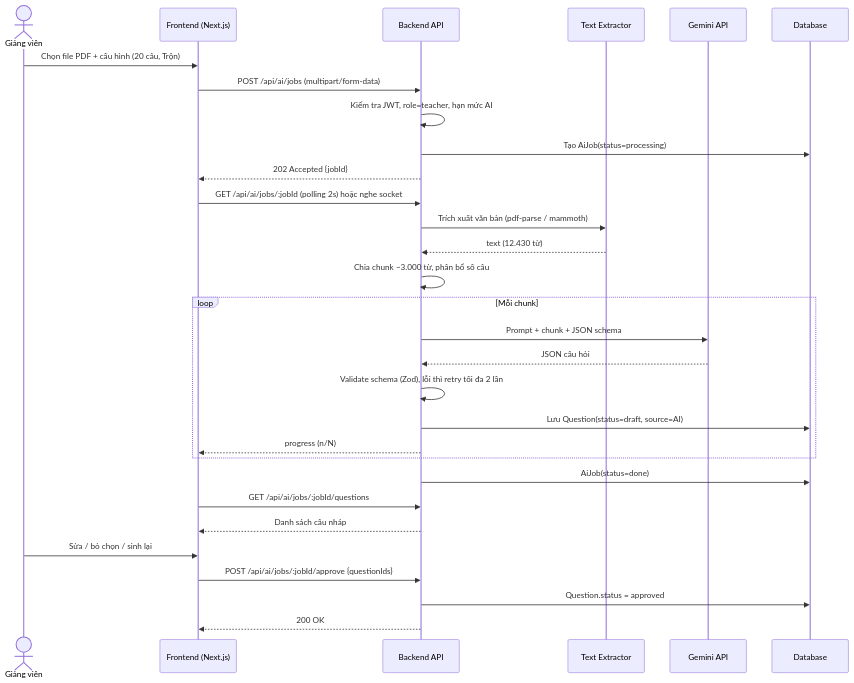
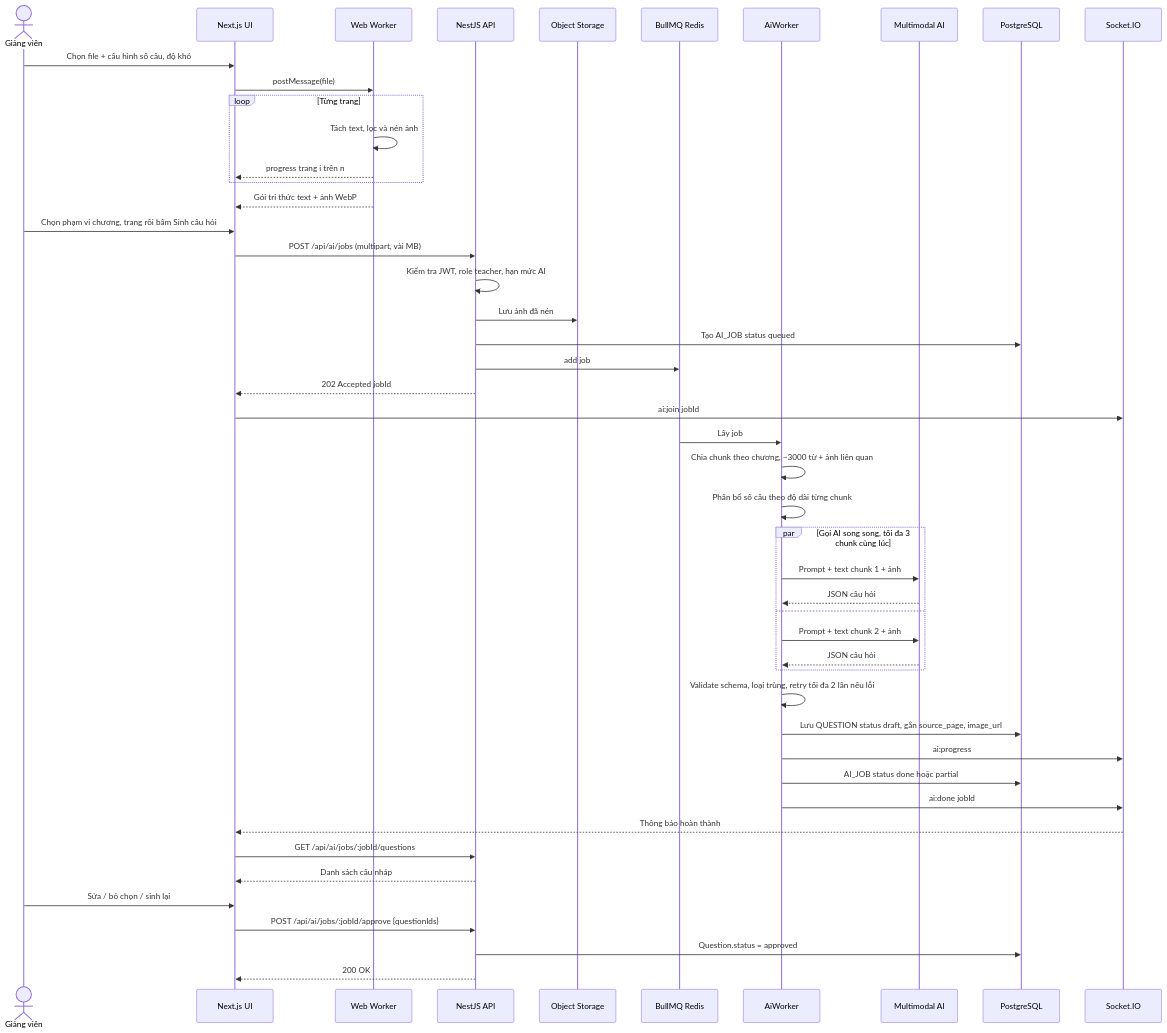
Diagram 13 of 26 in Overview.md (truntain/QuizGuard), drawn with Mermaid before and after one commit. The commit also changed other lines of this file and 1 other file, not shown here.

````diff
--- a/Overview.md
+++ b/Overview.md
@@ -1170,33 +1257,52 @@
 ```mermaid
 sequenceDiagram
     actor GV as Giảng viên
-    participant FE as Frontend (Next.js)
-    participant BE as Backend API
-    participant EX as Text Extractor
-    participant AI as Gemini API
-    participant DB as Database
+    participant FE as Next.js UI
+    participant WW as Web Worker
+    participant BE as NestJS API
+    participant ST as Object Storage
+    participant Q as BullMQ Redis
+    participant WK as AiWorker
+    participant AI as Multimodal AI
+    participant DB as PostgreSQL
+    participant WS as Socket.IO
 
-    GV->>FE: Chọn file PDF + cấu hình (20 câu, Trộn)
-    FE->>BE: POST /api/ai/jobs (multipart/form-data)
-    BE->>BE: Kiểm tra JWT, role=teacher, hạn mức AI
-    BE->>DB: Tạo AiJob(status=processing)
-    BE-->>FE: 202 Accepted {jobId}
-    FE->>BE: GET /api/ai/jobs/:jobId (polling 2s) hoặc nghe socket
-    BE->>EX: Trích xuất văn bản (pdf-parse / mammoth)
-    EX-->>BE: text (12.430 từ)
-    BE->>BE: Chia chunk ~3.000 từ, phân bổ số câu
-    loop Mỗi chunk
-        BE->>AI: Prompt + chunk + JSON schema
-        AI-->>BE: JSON câu hỏi
-        BE->>BE: Validate schema (Zod), lỗi thì retry tối đa 2 lần
-        BE->>DB: Lưu Question(status=draft, source=AI)
-        BE-->>FE: progress (n/N)
+    GV->>FE: Chọn file + cấu hình số câu, độ khó
+    FE->>WW: postMessage(file)
+    loop Từng trang
+        WW->>WW: Tách text, lọc và nén ảnh
+        WW-->>FE: progress trang i trên n
     end
-    BE->>DB: AiJob(status=done)
+    WW-->>FE: Gói tri thức text + ảnh WebP
+    GV->>FE: Chọn phạm vi chương, trang rồi bấm Sinh câu hỏi
+    FE->>BE: POST /api/ai/jobs (multipart, vài MB)
+    BE->>BE: Kiểm tra JWT, role teacher, hạn mức AI
+    BE->>ST: Lưu ảnh đã nén
+    BE->>DB: Tạo AI_JOB status queued
+    BE->>Q: add job
+    BE-->>FE: 202 Accepted jobId
+    FE->>WS: ai:join jobId
+
+    Q->>WK: Lấy job
+    WK->>WK: Chia chunk theo chương, ~3000 từ + ảnh liên quan
+    WK->>WK: Phân bổ số câu theo độ dài từng chunk
+    par Gọi AI song song, tối đa 3 chunk cùng lúc
+        WK->>AI: Prompt + text chunk 1 + ảnh
+        AI-->>WK: JSON câu hỏi
+    and
+        WK->>AI: Prompt + text chunk 2 + ảnh
+        AI-->>WK: JSON câu hỏi
+    end
+    WK->>WK: Validate schema, loại trùng, retry tối đa 2 lần nếu lỗi
+    WK->>DB: Lưu QUESTION status draft, gắn source_page, image_url
+    WK->>WS: ai:progress
+    WK->>DB: AI_JOB status done hoặc partial
+    WK->>WS: ai:done jobId
+    WS-->>FE: Thông báo hoàn thành
     FE->>BE: GET /api/ai/jobs/:jobId/questions
     BE-->>FE: Danh sách câu nháp
     GV->>FE: Sửa / bỏ chọn / sinh lại
     FE->>BE: POST /api/ai/jobs/:jobId/approve {questionIds}
     BE->>DB: Question.status = approved
     BE-->>FE: 200 OK
 ```
````
